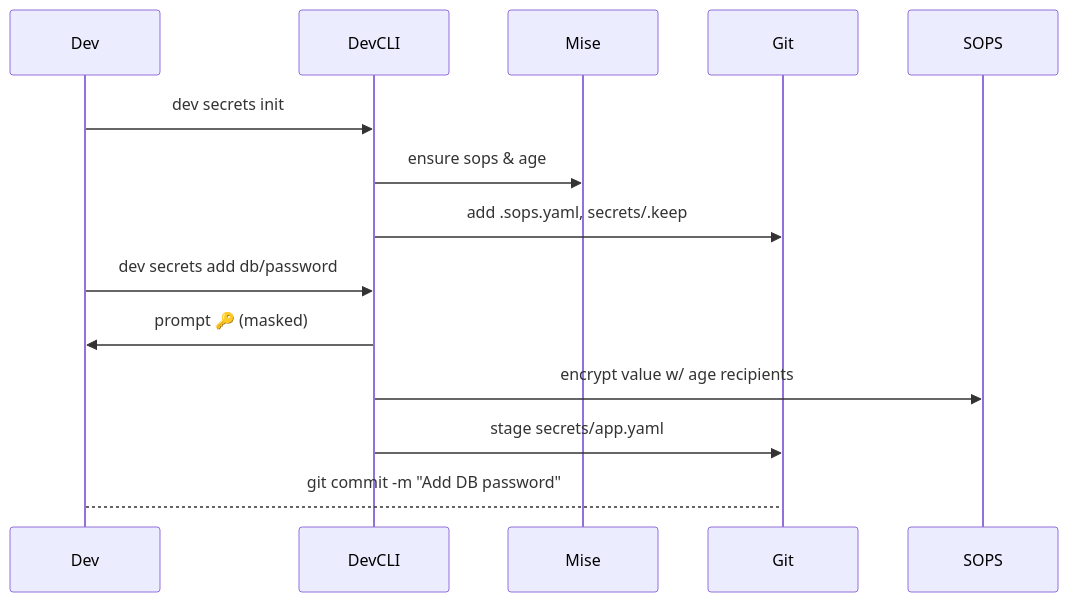
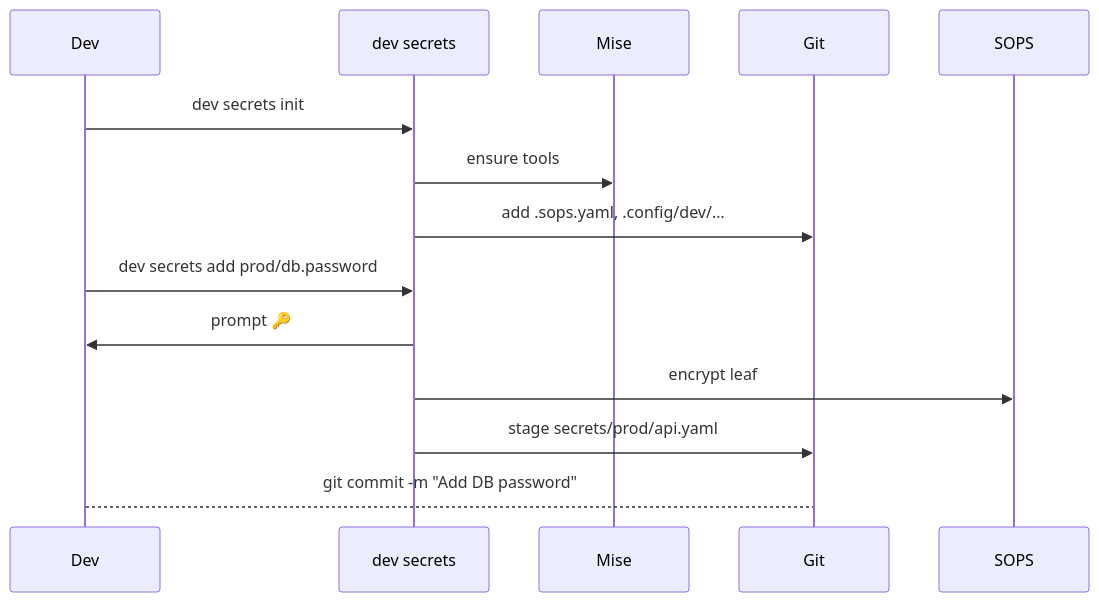
One commit to bai/dev changed the first of 2 diagrams in docs/secrets.md. Above: the diagram before and after it, drawn with Mermaid. The commit also changed other lines of this file, not shown here.

````diff
--- a/docs/secrets.md
+++ b/docs/secrets.md
@@ -114,14 +172,14 @@
 ```mermaid
 sequenceDiagram
   participant Dev
-  participant DevCLI
+  participant DevCLI as dev secrets
   participant Mise
   Dev->>DevCLI: dev secrets init
-  DevCLI->>Mise: ensure sops & age
-  DevCLI->>Git: add .sops.yaml, secrets/.keep
-  Dev->>DevCLI: dev secrets add db/password
-  DevCLI->>Dev: prompt 🔑 (masked)
-  DevCLI->>SOPS: encrypt value w/ age recipients
-  DevCLI->>Git: stage secrets/app.yaml
+  DevCLI->>Mise: ensure tools
+  DevCLI->>Git: add .sops.yaml, .config/dev/…
+  Dev->>DevCLI: dev secrets add prod/db.password
+  DevCLI->>Dev: prompt 🔑
+  DevCLI->>SOPS: encrypt leaf
+  DevCLI->>Git: stage secrets/prod/api.yaml
   Dev-->Git: git commit -m "Add DB password"
 ```
````
